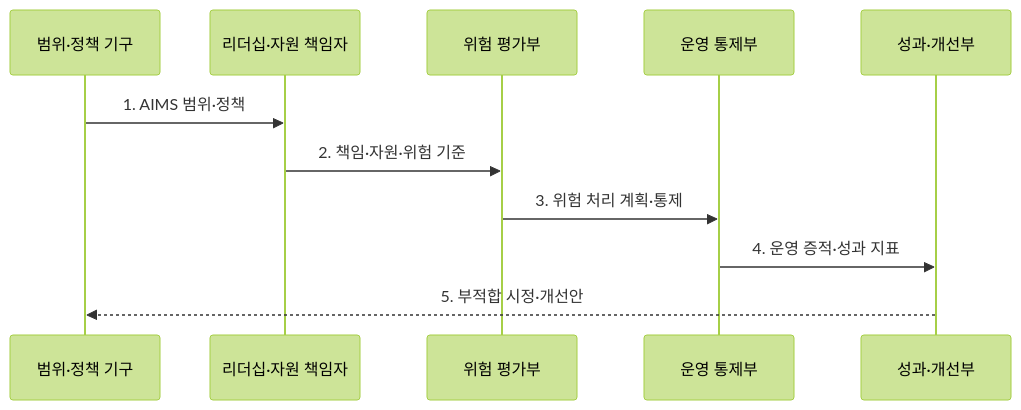
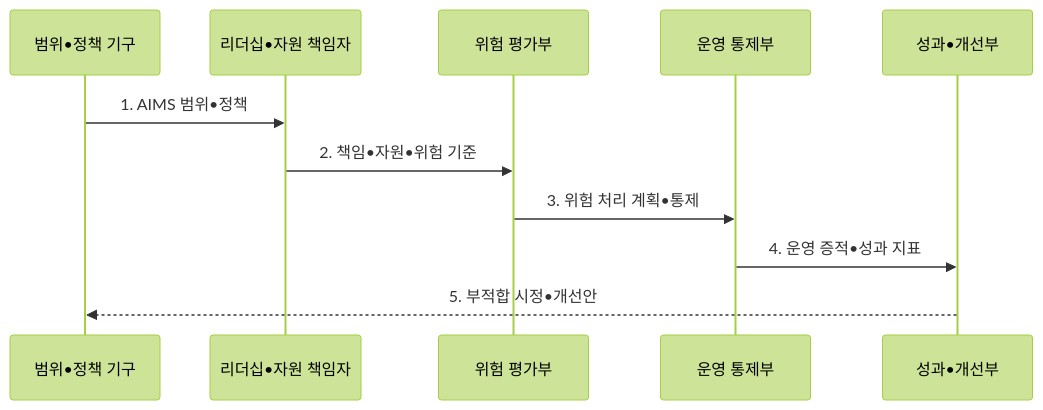
The second of 2 diagrams in src/content/docs/notes/08-latest-tech/100_ai_management_system.md (agnusdei1207/knowledge-base), drawn with Mermaid (forest theme) before and after one commit. The commit also changed other lines of this file and 953 other files, not shown here.

````diff
--- a/src/content/docs/notes/08-latest-tech/100_ai_management_system.md
+++ b/src/content/docs/notes/08-latest-tech/100_ai_management_system.md
@@ -108,13 +108,13 @@
 ```mermaid
 sequenceDiagram
-  participant P as 범위·정책 기구
-  participant L as 리더십·자원 책임자
+  participant P as 범위•정책 기구
+  participant L as 리더십•자원 책임자
   participant R as 위험 평가부
   participant O as 운영 통제부
-  participant A as 성과·개선부
-  P->>L: 1. AIMS 범위·정책
-  L->>R: 2. 책임·자원·위험 기준
-  R->>O: 3. 위험 처리 계획·통제
-  O->>A: 4. 운영 증적·성과 지표
-  A-->>P: 5. 부적합 시정·개선안
+  participant A as 성과•개선부
+  P->>L: 1. AIMS 범위•정책
+  L->>R: 2. 책임•자원•위험 기준
+  R->>O: 3. 위험 처리 계획•통제
+  O->>A: 4. 운영 증적•성과 지표
+  A-->>P: 5. 부적합 시정•개선안
 ```
````
